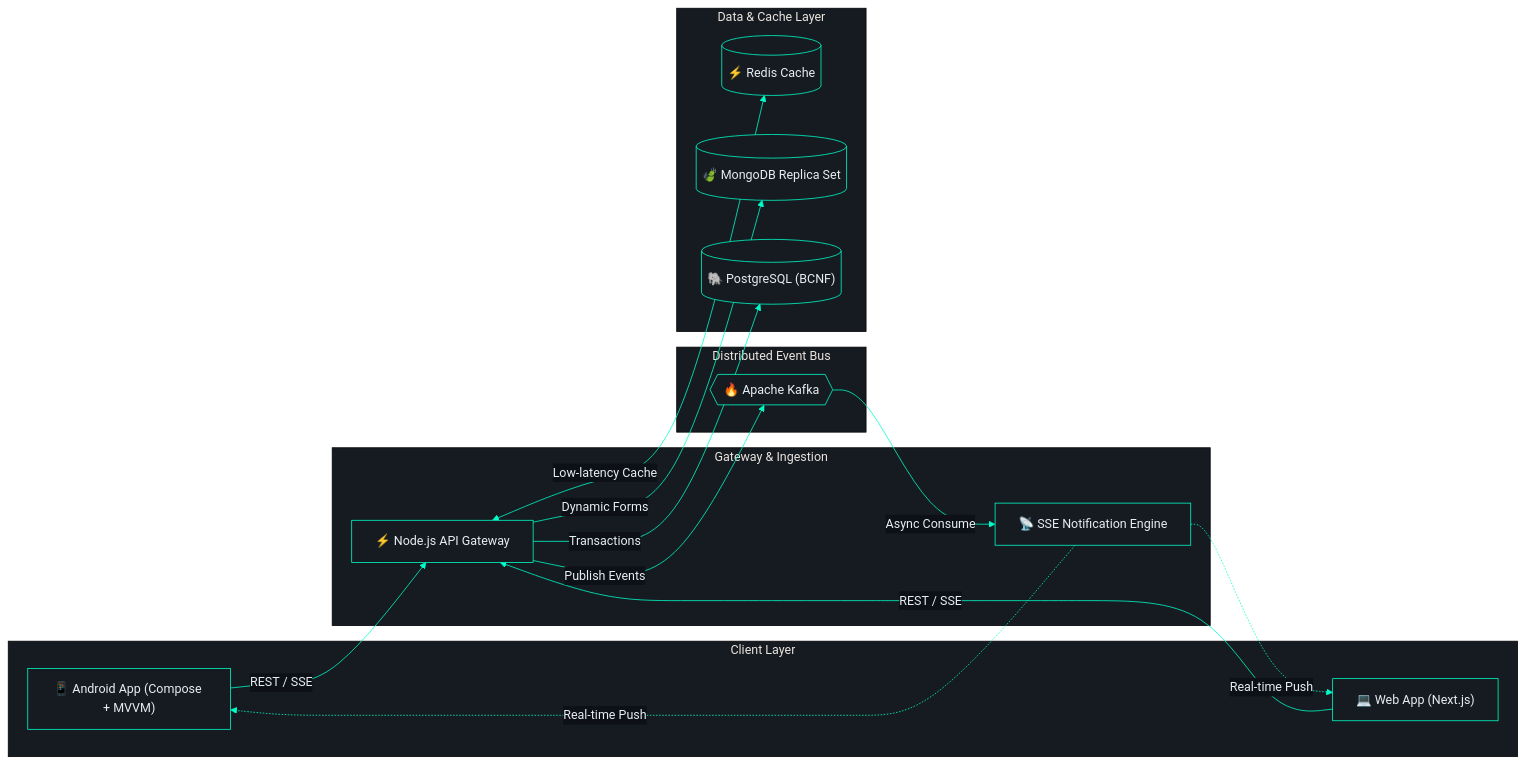
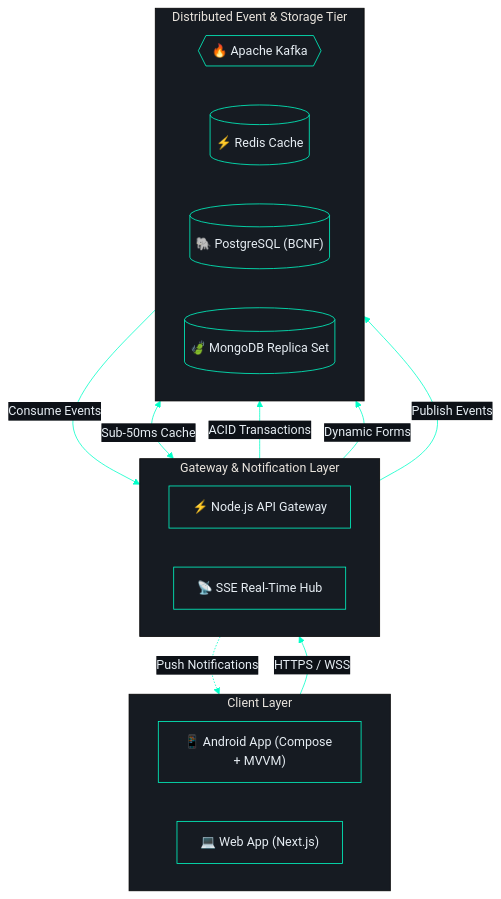
The diagram in README.md (Gautamneeraj88/Gautamneeraj88), drawn with Mermaid before and after one commit. The commit also changed other lines of this file and 1 other file, not shown here.

Commit message:
fix: replace external capsule banner with self-hosted SVG banner and clean up mermaid layout

````diff
--- a/README.md
+++ b/README.md
@@ -41,44 +43,42 @@
 ```mermaid
 %%{init: {
   'theme': 'base',
   'themeVariables': {
     'primaryColor': '#161b22',
     'primaryTextColor': '#e6edf3',
     'primaryBorderColor': '#00ffc8',
     'lineColor': '#00ffc8',
     'secondaryColor': '#0d1117',
     'tertiaryColor': '#161b22',
     'edgeLabelBackground': '#0d1117'
   }
 }}%%
-graph LR
-    subgraph Client [" Client Layer "]
+flowchart TD
+    subgraph Clients [" Client Layer "]
+        direction LR
         Android["📱 Android App (Compose + MVVM)"]
         Web["💻 Web App (Next.js)"]
     end
 
-    subgraph Gateway [" Gateway & Ingestion "]
+    subgraph Gateway [" Gateway & Notification Layer "]
+        direction LR
         API["⚡ Node.js API Gateway"]
-        SSE["📡 SSE Notification Engine"]
+        SSE["📡 SSE Real-Time Hub"]
     end
 
-    subgraph Bus [" Distributed Event Bus "]
+    subgraph Core [" Distributed Event & Storage Tier "]
+        direction LR
         Kafka{{"🔥 Apache Kafka"}}
+        Redis[("⚡ Redis Cache")]
+        Postgres[("🐘 PostgreSQL (BCNF)")]
+        Mongo[("🍃 MongoDB Replica Set")]
     end
 
-    subgraph Persistence [" Data & Cache Layer "]
-        Redis[("⚡ Redis Cache")]
-        Mongo[("🍃 MongoDB Replica Set")]
-        Postgres[("🐘 PostgreSQL (BCNF)")]
-    end
-
-    Android -->|REST / SSE| API
-    Web -->|REST / SSE| API
-    API <-->|Low-latency Cache| Redis
-    API -->|Transactions| Postgres
+    Clients -->|HTTPS / WSS| API
+    API <-->|Sub-50ms Cache| Redis
+    API -->|ACID Transactions| Postgres
     API -->|Dynamic Forms| Mongo
     API -->|Publish Events| Kafka
-    Kafka -->|Async Consume| SSE
-    SSE -.->|Real-time Push| Android
-    SSE -.->|Real-time Push| Web
+    Kafka -->|Consume Events| SSE
+    SSE -.->|Push Notifications| Clients
 ```
````
